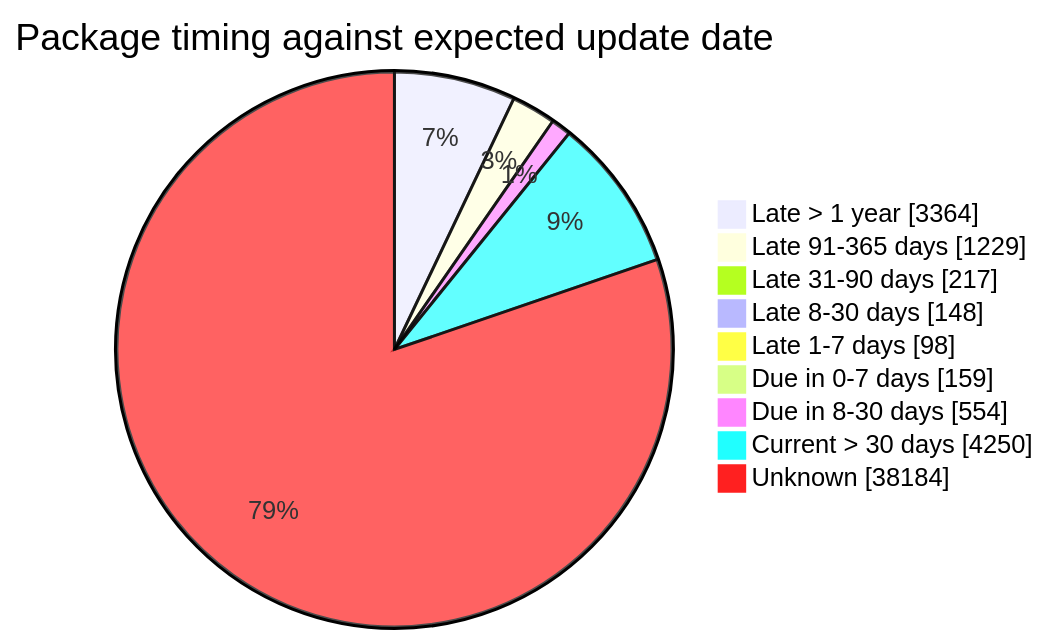
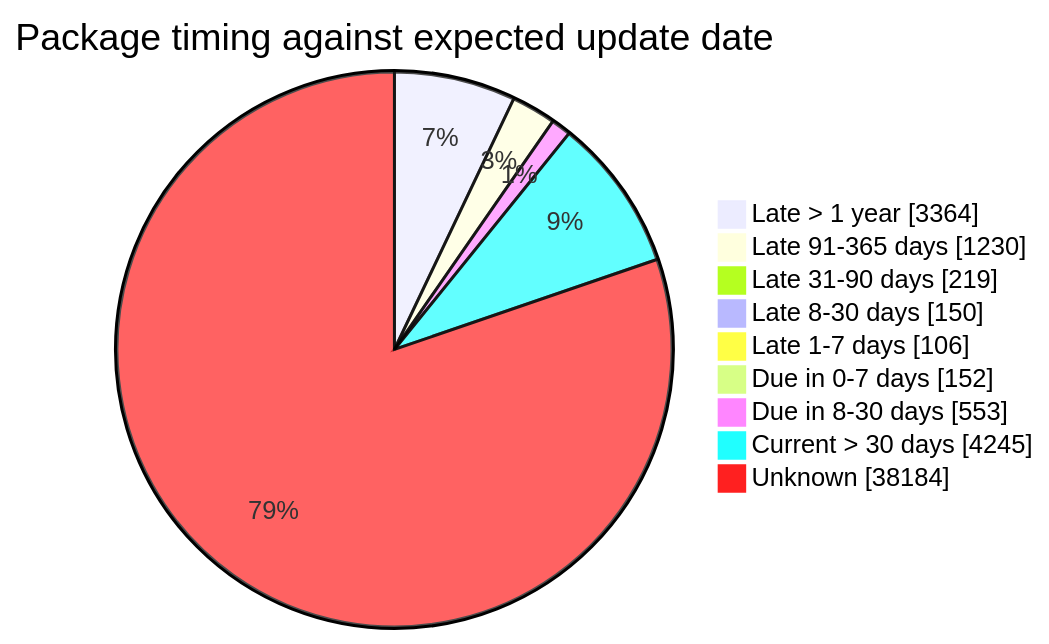
Before and after one commit to open-data/analytics-corporate-reporting: the fourth of 5 diagrams in FreshCheck/README.md, drawn with Mermaid. The commit also changed other lines of this file and 3 other files, not shown here.

````diff
--- a/FreshCheck/README.md
+++ b/FreshCheck/README.md
@@ -86,12 +86,12 @@
 ```mermaid
 pie showData title Package timing against expected update date
     "Late > 1 year": 3364
-    "Late 91-365 days": 1229
-    "Late 31-90 days": 217
-    "Late 8-30 days": 148
-    "Late 1-7 days": 98
-    "Due in 0-7 days": 159
-    "Due in 8-30 days": 554
-    "Current > 30 days": 4250
+    "Late 91-365 days": 1230
+    "Late 31-90 days": 219
+    "Late 8-30 days": 150
+    "Late 1-7 days": 106
+    "Due in 0-7 days": 152
+    "Due in 8-30 days": 553
+    "Current > 30 days": 4245
     "Unknown": 38184
 ```
````
